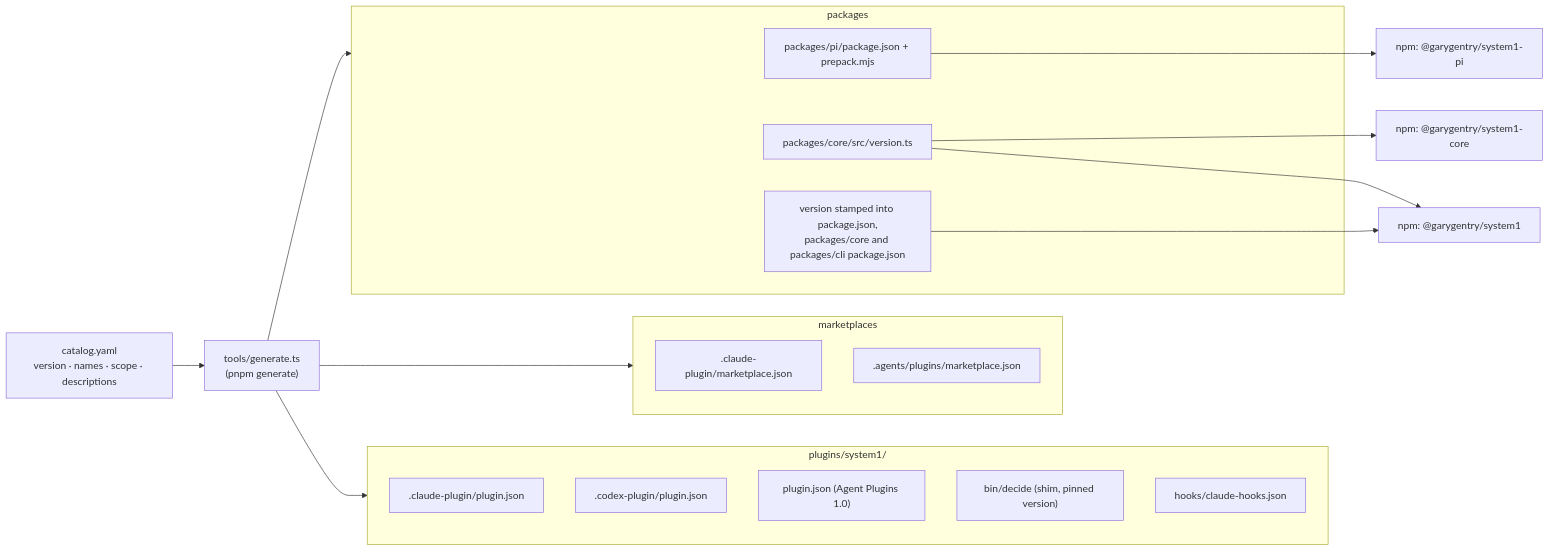
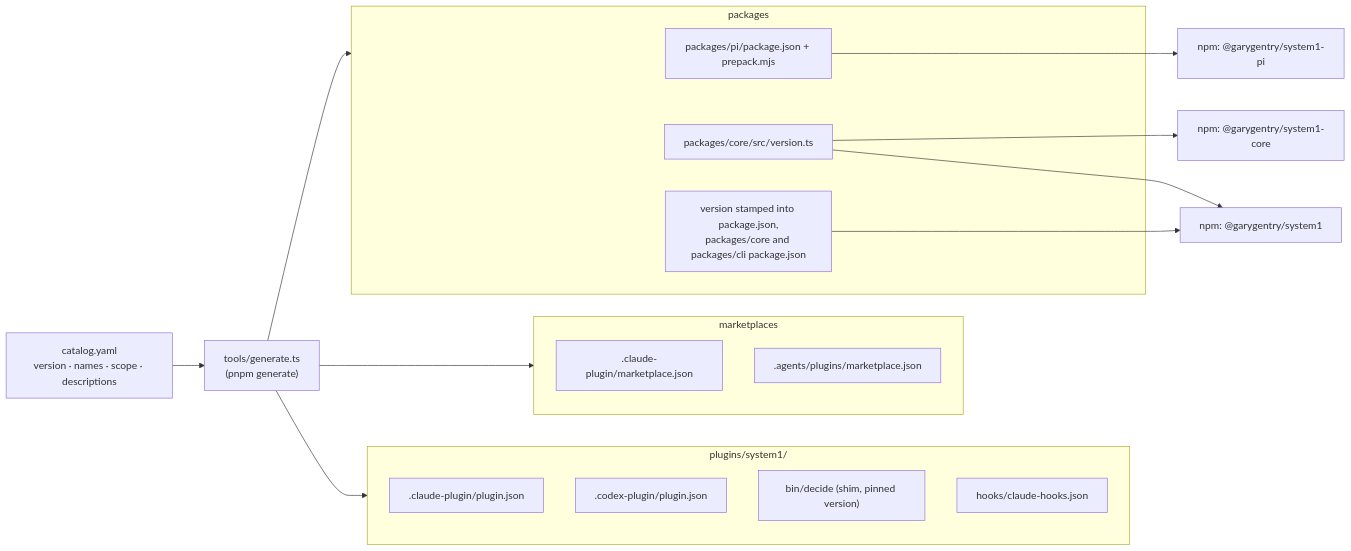
The diagram in docs/architecture/deployment.md (garygentry/system1), drawn with Mermaid before and after one commit. The commit also changed other lines of this file and 14 other files, not shown here.

First line of the commit message:
Codex: drop the root plugin.json so Codex loads the plugin's hooks (#37)

````diff
--- a/docs/architecture/deployment.md
+++ b/docs/architecture/deployment.md
@@ -13,35 +13,34 @@
 ```mermaid
 flowchart LR
     catalog["catalog.yaml<br/>version · names · scope · descriptions"]
     gen["tools/generate.ts<br/>(pnpm generate)"]
     catalog --> gen
 
     subgraph pluginfiles["plugins/system1/"]
         claudeman[".claude-plugin/plugin.json"]
         codexman[".codex-plugin/plugin.json"]
-        portable["plugin.json (Agent Plugins 1.0)"]
         shim["bin/decide (shim, pinned version)"]
         hooks["hooks/claude-hooks.json"]
     end
     subgraph markets["marketplaces"]
         cmarket[".claude-plugin/marketplace.json"]
         xmarket[".agents/plugins/marketplace.json"]
     end
     subgraph pkgs["packages"]
         pipkg["packages/pi/package.json + prepack.mjs"]
         version["packages/core/src/version.ts"]
         stamps["version stamped into package.json,<br/>packages/core and packages/cli package.json"]
     end
 
     gen --> pluginfiles
     gen --> markets
     gen --> pkgs
 
     npmcli["npm: @garygentry/system1"]
     npmcore["npm: @garygentry/system1-core"]
     npmpi["npm: @garygentry/system1-pi"]
     version --> npmcore
     version --> npmcli
     stamps --> npmcli
     pipkg --> npmpi
 ```
````
